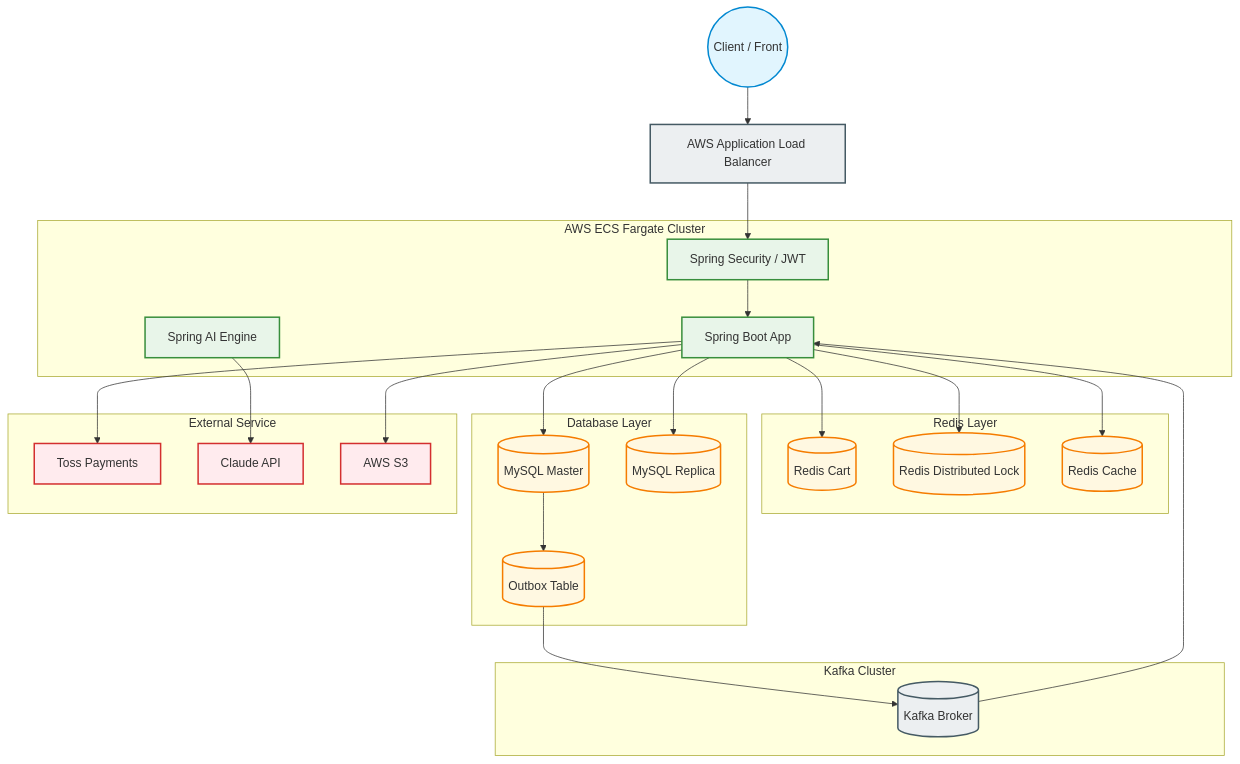
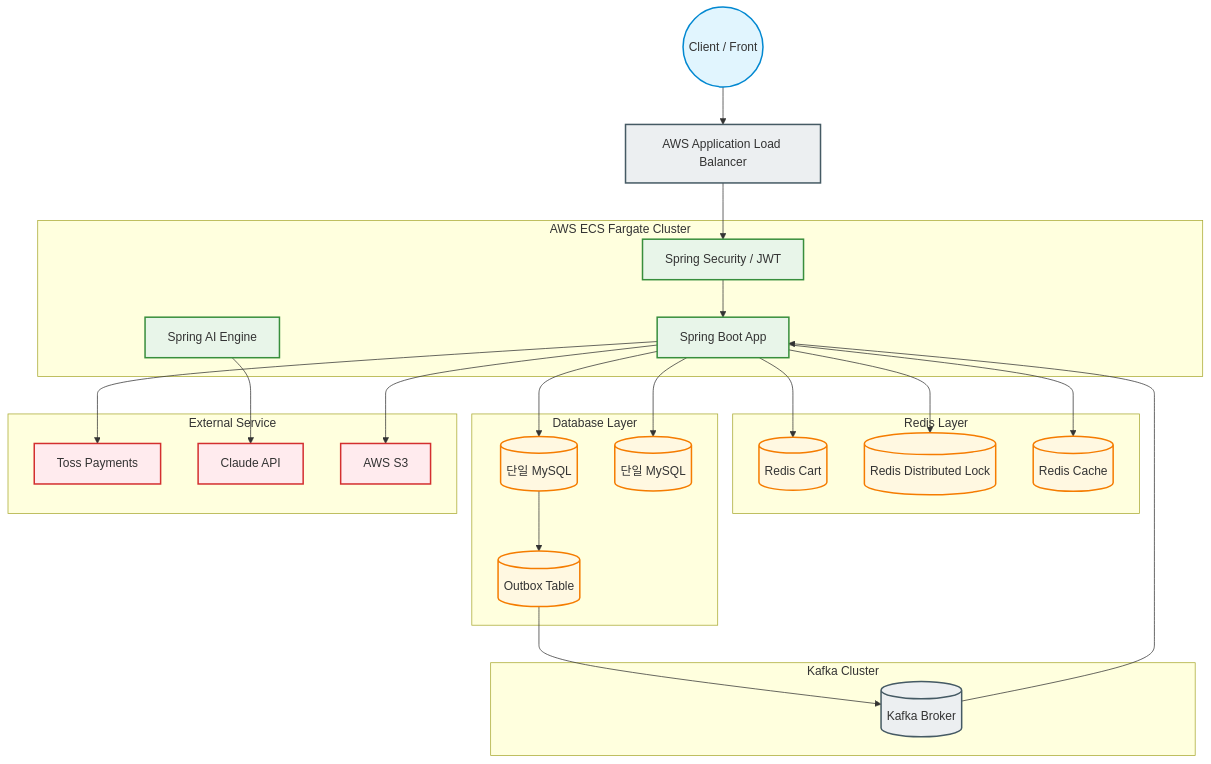
One commit to one-stop-project/one-stop-project changed the diagram in README.md. Above: the diagram before and after it, drawn with Mermaid. The commit also changed other lines of this file, not shown here.

Commit message:
Update README.md (#581)
장바구니 기간, db 설정 수정

````diff
--- a/README.md
+++ b/README.md
@@ -117,59 +117,59 @@
 ```mermaid
 graph TD
     classDef client fill:#E1F5FE,stroke:#0288D1,stroke-width:2px;
     classDef infra fill:#ECEFF1,stroke:#455A64,stroke-width:2px;
     classDef app fill:#E8F5E9,stroke:#388E3C,stroke-width:2px;
     classDef db fill:#FFF8E1,stroke:#F57C00,stroke-width:2px;
     classDef ext fill:#FFEBEE,stroke:#D32F2F,stroke-width:2px;
 
     Client((Client / Front)):::client
     ALB[AWS Application Load Balancer]:::infra
 
     subgraph ECS [AWS ECS Fargate Cluster]
         SpringApp[Spring Boot App]:::app
         Security[Spring Security / JWT]:::app
         SpringAI[Spring AI Engine]:::app
     end
 
     subgraph RedisLayer [Redis Layer]
         RedisCart[(Redis Cart)]:::db
         RedisLock[(Redis Distributed Lock)]:::db
         RedisCache[(Redis Cache)]:::db
     end
 
     subgraph DB [Database Layer]
-        MySQLM[(MySQL Master)]:::db
-        MySQLR[(MySQL Replica)]:::db
+        MySQLM[(단일 MySQL)]:::db
+        MySQLR[(단일 MySQL)]:::db
         Outbox[(Outbox Table)]:::db
     end
 
     subgraph Kafka [Kafka Cluster]
         Broker[(Kafka Broker)]:::infra
     end
 
     subgraph External [External Service]
         Toss[Toss Payments]:::ext
         Claude[Claude API]:::ext
         S3[AWS S3]:::ext
     end
 
     Client --> ALB
     ALB --> Security
     Security --> SpringApp
 
     SpringApp --> RedisCart
     SpringApp --> RedisLock
     SpringApp --> RedisCache
 
     SpringApp --> MySQLM
     SpringApp --> MySQLR
 
     MySQLM --> Outbox
     Outbox --> Broker
 
     Broker --> SpringApp
 
     SpringApp --> Toss
     SpringAI --> Claude
     SpringApp --> S3
 ```
````
